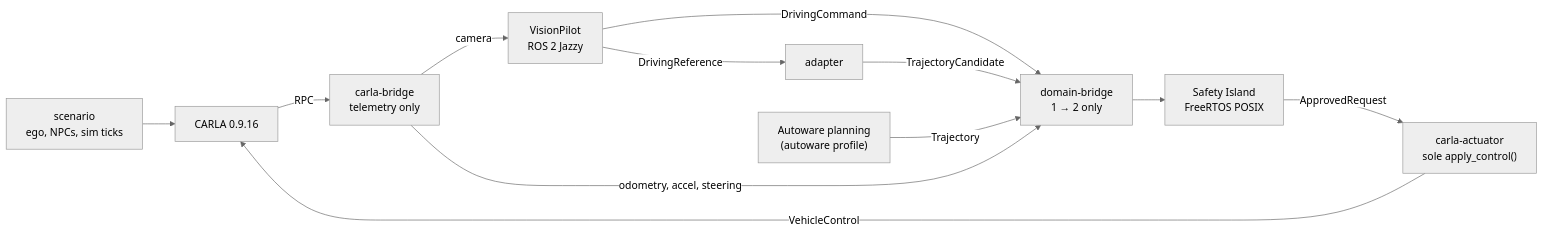
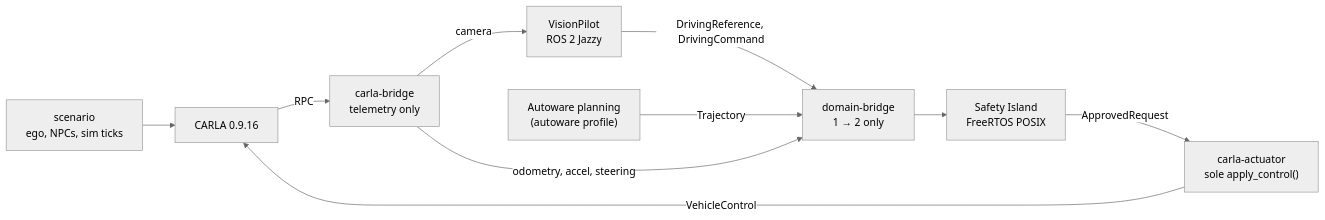
The diagram in README.md (oguzkaganozt/openadkit-e2e), drawn with Mermaid (neutral theme) before and after one commit. The commit also changed other lines of this file and 24 other files, not shown here.

````diff
--- a/README.md
+++ b/README.md
@@ -25,14 +26,12 @@
 ```mermaid
 flowchart LR
     CARLA["CARLA 0.9.16"] -->|RPC| Bridge["carla-bridge<br/>telemetry only"]
     Scenario["scenario<br/>ego, NPCs, sim ticks"] --> CARLA
     Bridge -->|camera| VP["VisionPilot<br/>ROS 2 Jazzy"]
-    VP -->|DrivingReference| Adapter["adapter"]
-    VP -->|DrivingCommand| DB
-    Adapter -->|TrajectoryCandidate| DB["domain-bridge<br/>1 → 2 only"]
+    VP -->|DrivingReference, DrivingCommand| DB["domain-bridge<br/>1 → 2 only"]
     AW["Autoware planning<br/>(autoware profile)"] -->|Trajectory| DB
     Bridge -->|odometry, accel, steering| DB
     DB --> SI["Safety Island<br/>FreeRTOS POSIX"]
     SI -->|ApprovedRequest| Act["carla-actuator<br/>sole apply_control()"]
     Act -->|VehicleControl| CARLA
 ```
````
